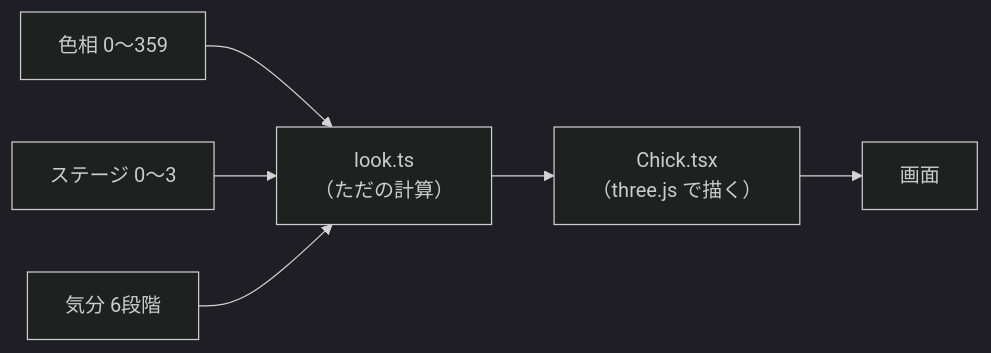
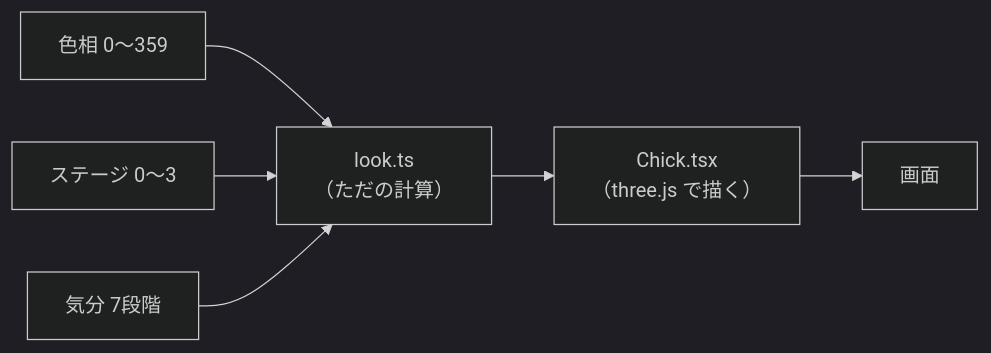
Before and after one commit to kuramochi703/keep-motivation-app: the first of 4 diagrams in src/avatar/README.md, drawn with Mermaid (dark theme). The commit also changed other lines of this file and 3 other files, not shown here.

````diff
--- a/src/avatar/README.md
+++ b/src/avatar/README.md
@@ -7,7 +7,7 @@
 ```mermaid
 flowchart LR
   H["色相 0〜359"] --> L
   S["ステージ 0〜3"] --> L
-  M["気分 6段階"] --> L
+  M["気分 7段階"] --> L
   L["look.ts<br/>（ただの計算）"] --> C["Chick.tsx<br/>（three.js で描く）"] --> V["画面"]
 ```
````
